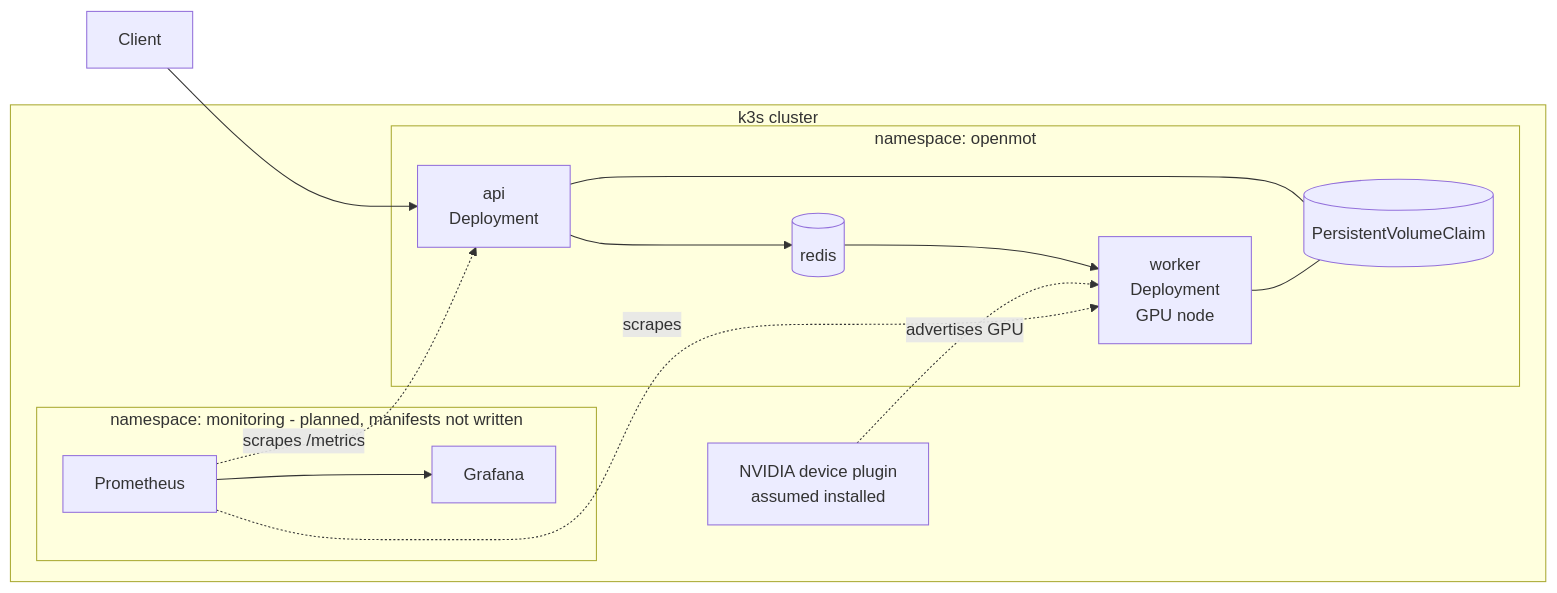
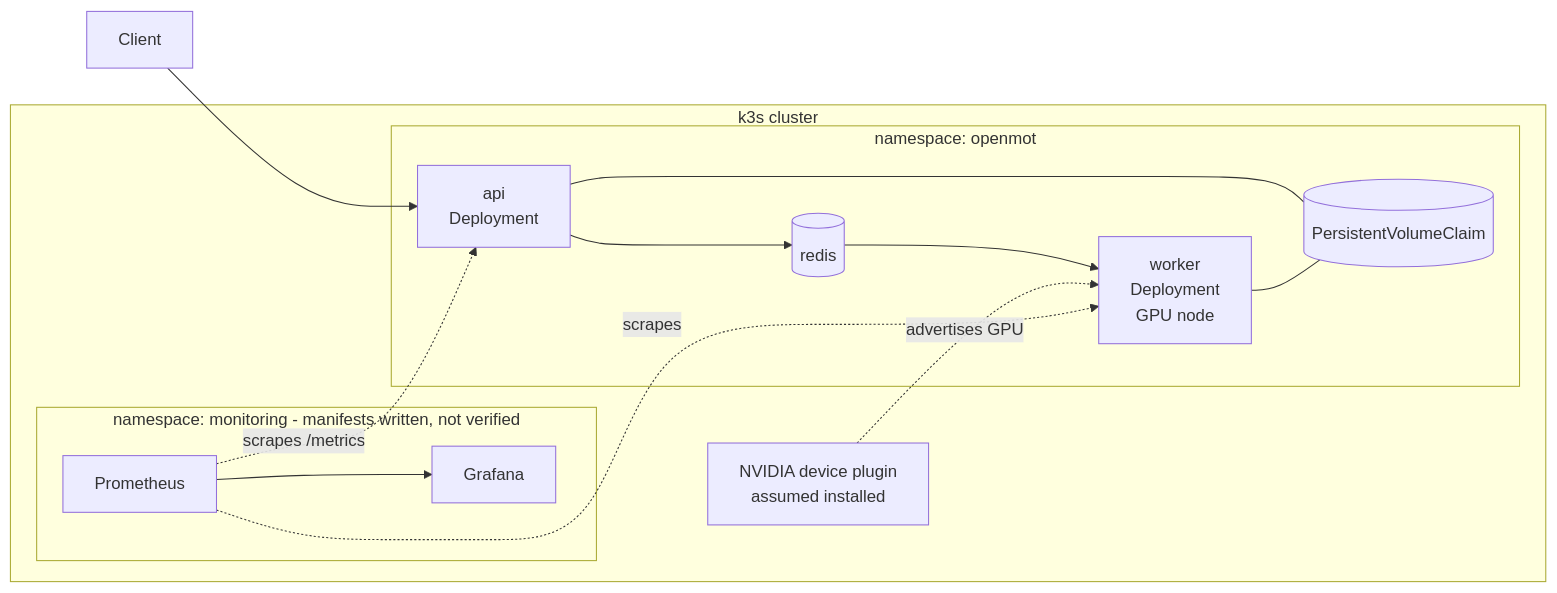
Before and after one commit to Moris-Zhan/openmot-serve: the second of 2 diagrams in README.md, drawn with Mermaid. The commit also changed other lines of this file and 22 other files, not shown here.

First line of the commit message:
feat(k8s): add Kubernetes monitoring manifests

````diff
--- a/README.md
+++ b/README.md
@@ -48,18 +48,18 @@
 ```mermaid
 flowchart LR
     subgraph k3s cluster
         subgraph app [namespace: openmot]
             API[api<br/>Deployment] --> REDIS[(redis)]
             REDIS --> WORKER[worker<br/>Deployment<br/>GPU node]
             API --- PV[(PersistentVolumeClaim)]
             WORKER --- PV
         end
-        subgraph mon [namespace: monitoring - planned, manifests not written]
+        subgraph mon [namespace: monitoring - manifests written, not verified]
             PROM[Prometheus] --> GRAF[Grafana]
         end
         GPUPLUGIN[NVIDIA device plugin<br/>assumed installed] -.advertises GPU.-> WORKER
         PROM -.scrapes /metrics.-> API
         PROM -.scrapes.-> WORKER
     end
     USER[Client] --> API
 ```
````
